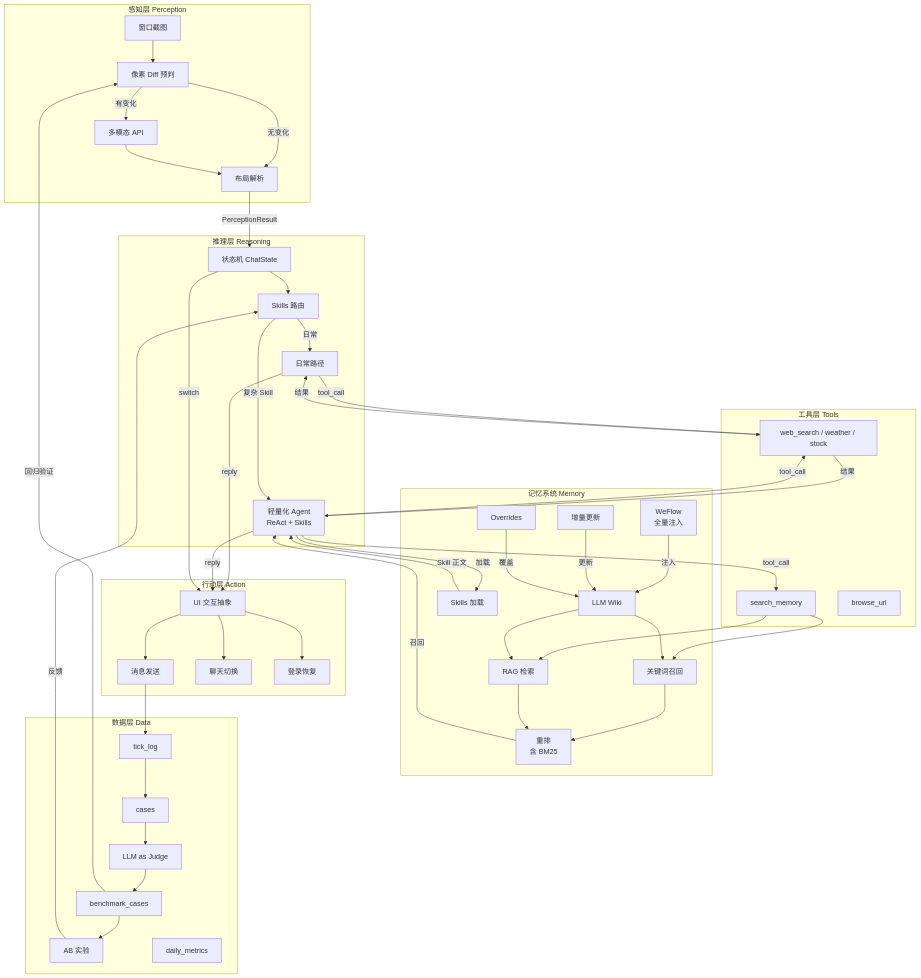
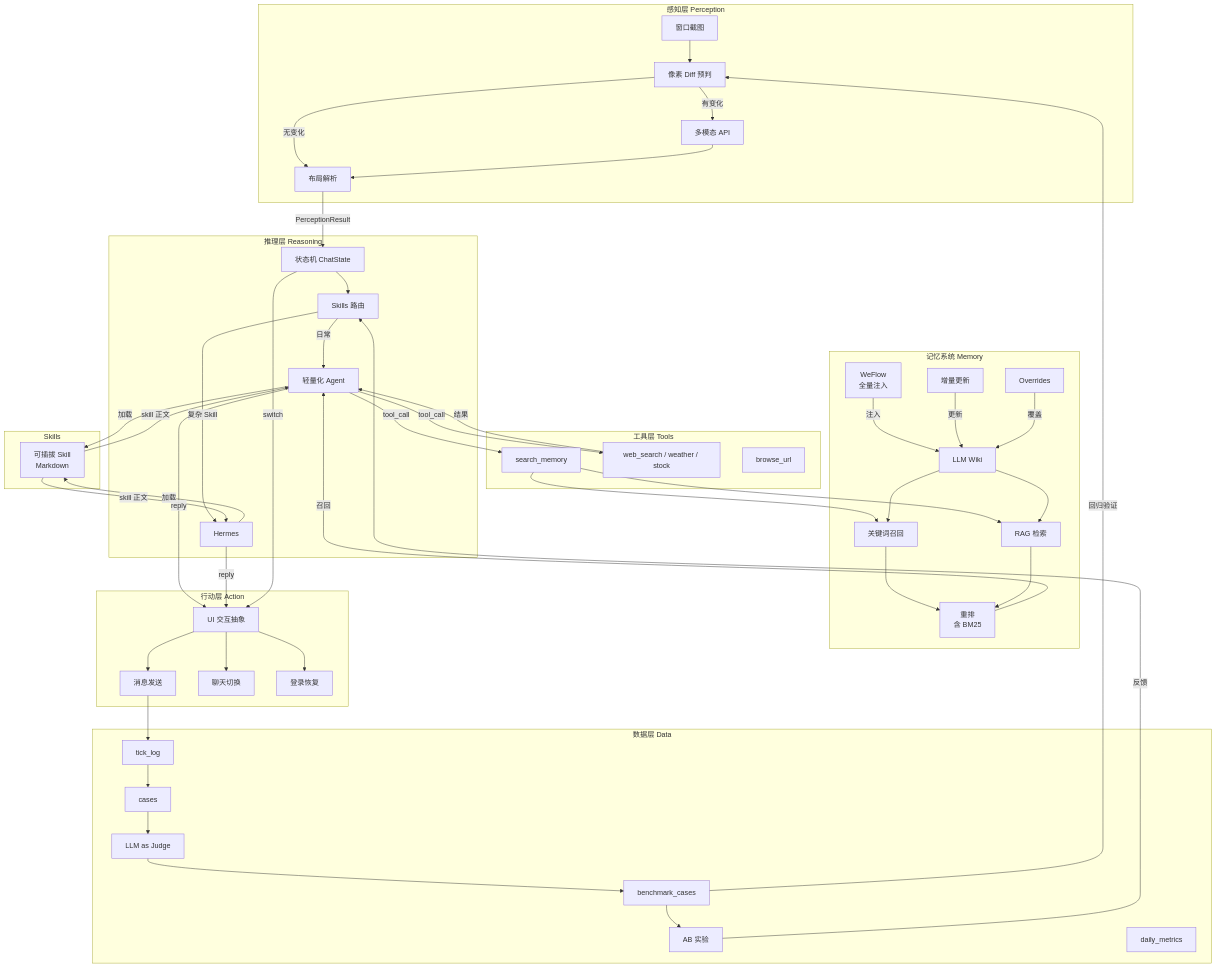
Before and after one commit to 899ms/wechat-mac-rpa: the first of 3 diagrams in README.md, drawn with Mermaid. The commit also changed other lines of this file and 1 other file, not shown here.

First line of the commit message:
docs(architecture): correct system diagram — Agent/Hermes/Skills alignment

```diff
--- a/README.md
+++ b/README.md
@@ -20,14 +20,18 @@
     subgraph Reasoning["推理层 Reasoning"]
         R1["状态机 ChatState"]
         R2["Skills 路由"]
-        R3["日常路径"]
-        R4["轻量化 Agent<br/>ReAct + Skills"]
+        R3["轻量化 Agent"]
+        R4["Hermes"]
     end
 
     subgraph Tools["工具层 Tools"]
         T1["search_memory"]
         T2["web_search / weather / stock"]
         T3["browse_url"]
+    end
+
+    subgraph Skills["Skills"]
+        S1["可插拔 Skill<br/>Markdown"]
     end
 
     subgraph Memory["记忆系统 Memory"]
@@ -38,7 +42,6 @@
         M4["重排<br/>含 BM25"]
         M5["增量更新"]
         M6["Overrides"]
-        M7["Skills 加载"]
     end
 
     subgraph Action["行动层 Action"]
@@ -66,11 +69,12 @@
     R2 -->|日常| R3
     R2 -->|复杂 Skill| R4
 
+    R3 -->|tool_call| T1
     R3 -->|tool_call| T2
-    R4 -->|tool_call| T1
-    R4 -->|tool_call| T2
-    R4 -->|加载| M7
-    M7 -->|Skill 正文| R4
+    R3 -->|加载| S1
+    R4 -->|加载| S1
+    S1 -->|skill 正文| R3
+    S1 -->|skill 正文| R4
 
     T1 --> M2
     T1 --> M3
@@ -78,10 +82,9 @@
     M1 --> M3
     M2 --> M4
     M3 --> M4
-    M4 -->|召回| R4
+    M4 -->|召回| R3
 
     T2 -->|结果| R3
-    T2 -->|结果| R4
 
     R3 -->|reply| A1
     R4 -->|reply| A1
```
